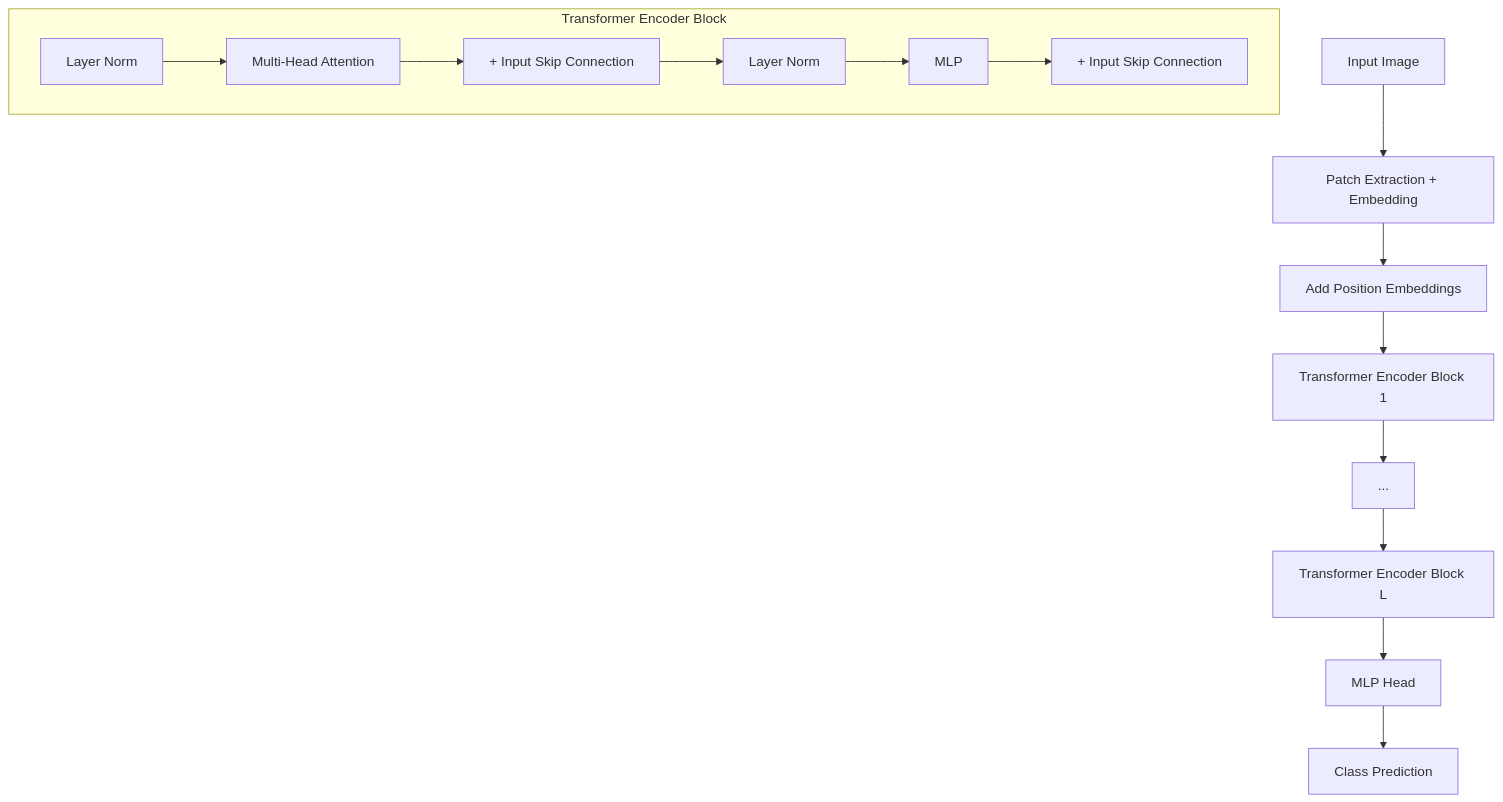
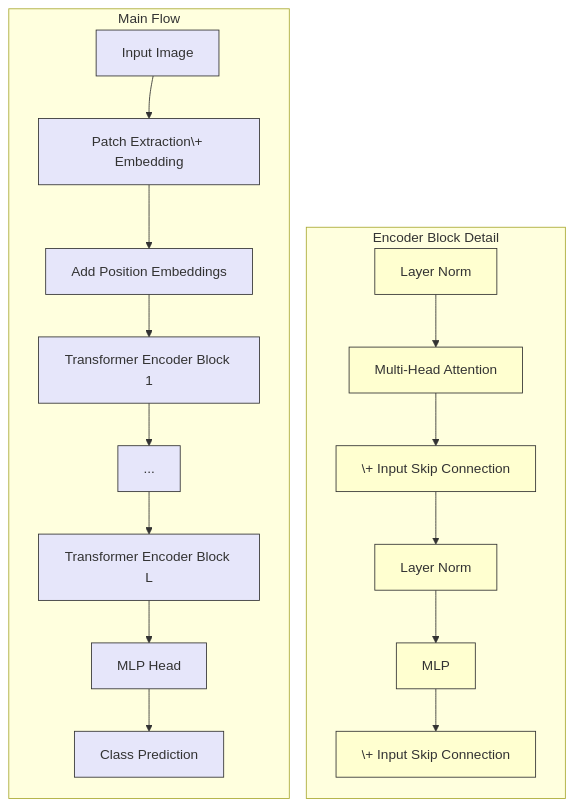
The third of 7 diagrams in C_3.md (Chaklader/landmark-classification-cnn), drawn with Mermaid before and after one commit.

````diff
--- a/C_3.md
+++ b/C_3.md
@@ -383,18 +383,39 @@
 ```mermaid
-graph TD
-    A[Input Image] --> B[Patch Extraction + Embedding]
-    B --> C[Add Position Embeddings]
-    C --> D[Transformer Encoder Block 1]
-    D --> E[...]
-    E --> F[Transformer Encoder Block L]
-    F --> G[MLP Head]
-    G --> H[Class Prediction]
+graph TB
+    subgraph "Main Flow"
+        A[Input Image] --> B["Patch Extraction\+ Embedding"]
+        B --> C[Add Position Embeddings]
+        C --> D[Transformer Encoder Block 1]
+        D --> E[...]
+        E --> F[Transformer Encoder Block L]
+        F --> G[MLP Head]
+        G --> H[Class Prediction]
+    end
 
-    subgraph "Transformer Encoder Block"
+    subgraph "Encoder Block Detail"
         I[Layer Norm] --> J[Multi-Head Attention]
-        J --> K[+ Input Skip Connection]
-        K --> L[Layer Norm]
+        J --> K["\+ Input Skip Connection"]
+        K --> L["Layer Norm"]
         L --> M[MLP]
-        M --> N[+ Input Skip Connection]
+        M --> N["\+ Input Skip Connection"]
     end
+
+    style A fill:#e6e6fa,stroke:#333,stroke-width:1px
+    style B fill:#e6e6fa,stroke:#333,stroke-width:1px
+    style C fill:#e6e6fa,stroke:#333,stroke-width:1px
+    style D fill:#e6e6fa,stroke:#333,stroke-width:1px
+    style E fill:#e6e6fa,stroke:#333,stroke-width:1px
+    style F fill:#e6e6fa,stroke:#333,stroke-width:1px
+    style G fill:#e6e6fa,stroke:#333,stroke-width:1px
+    style H fill:#e6e6fa,stroke:#333,stroke-width:1px
+    style I fill:#ffffd0,stroke:#333,stroke-width:1px
+    style J fill:#ffffd0,stroke:#333,stroke-width:1px
+    style K fill:#ffffd0,stroke:#333,stroke-width:1px
+    style L fill:#ffffd0,stroke:#333,stroke-width:1px
+    style M fill:#ffffd0,stroke:#333,stroke-width:1px
+    style N fill:#ffffd0,stroke:#333,stroke-width:1px
+
+    %% Linking the diagrams with an invisible node instead
+    A ~~~ Z[" "] ~~~ I
+    style Z fill:white,stroke:none,opacity:0
 ```
````
